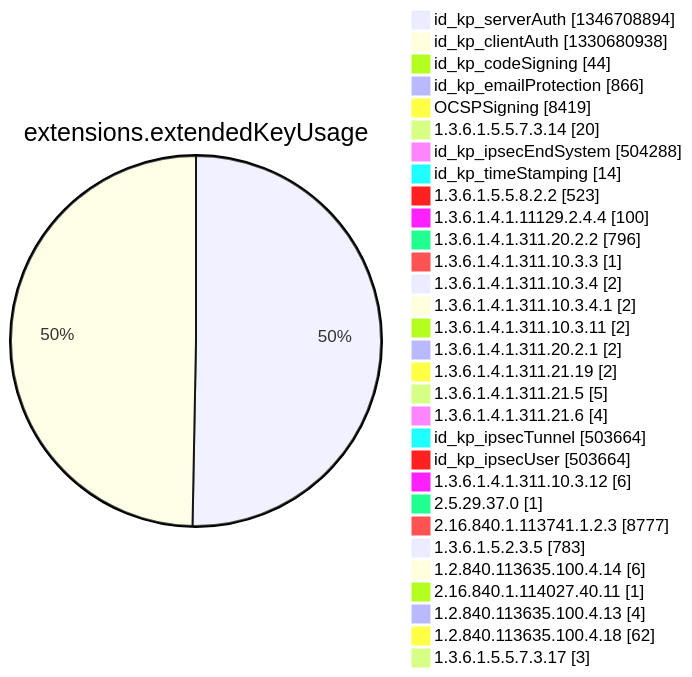
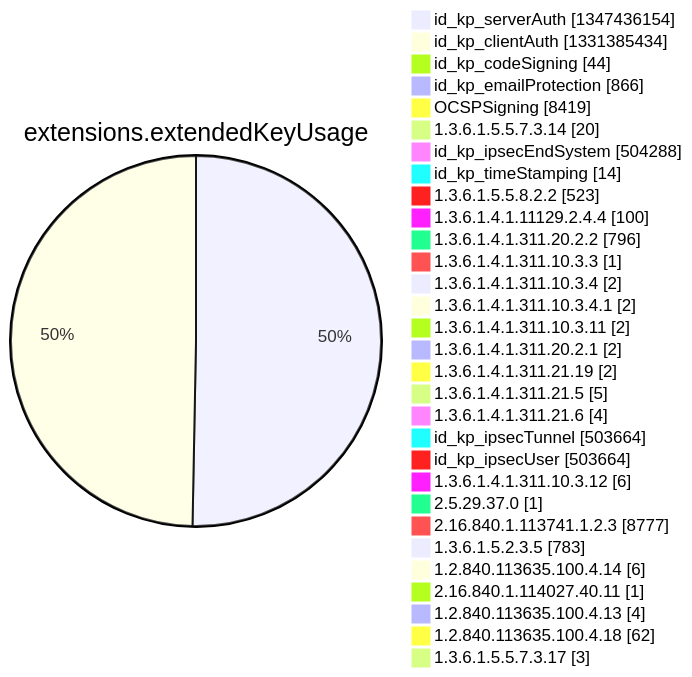
Before and after one commit to christiankrug/ctmonitor_visualization: diagram 12 of 15 in argon2022/README.md, drawn with Mermaid. The commit also changed other lines of this file, not shown here.

````diff
--- a/argon2022/README.md
+++ b/argon2022/README.md
@@ -3553,34 +3553,34 @@
 ```mermaid
 pie showData
 title extensions.extendedKeyUsage
-"id_kp_serverAuth" :1346708894
-"id_kp_clientAuth" :1330680938
+"id_kp_serverAuth" :1347436154
+"id_kp_clientAuth" :1331385434
 "id_kp_codeSigning" :44
 "id_kp_emailProtection" :866
 "OCSPSigning" :8419
 "1.3.6.1.5.5.7.3.14" :20
 "id_kp_ipsecEndSystem" :504288
 "id_kp_timeStamping" :14
 "1.3.6.1.5.5.8.2.2" :523
 "1.3.6.1.4.1.11129.2.4.4" :100
 "1.3.6.1.4.1.311.20.2.2" :796
 "1.3.6.1.4.1.311.10.3.3" :1
 "1.3.6.1.4.1.311.10.3.4" :2
 "1.3.6.1.4.1.311.10.3.4.1" :2
 "1.3.6.1.4.1.311.10.3.11" :2
 "1.3.6.1.4.1.311.20.2.1" :2
 "1.3.6.1.4.1.311.21.19" :2
 "1.3.6.1.4.1.311.21.5" :5
 "1.3.6.1.4.1.311.21.6" :4
 "id_kp_ipsecTunnel" :503664
 "id_kp_ipsecUser" :503664
 "1.3.6.1.4.1.311.10.3.12" :6
 "2.5.29.37.0" :1
 "2.16.840.1.113741.1.2.3" :8777
 "1.3.6.1.5.2.3.5" :783
 "1.2.840.113635.100.4.14" :6
 "2.16.840.1.114027.40.11" :1
 "1.2.840.113635.100.4.13" :4
 "1.2.840.113635.100.4.18" :62
 "1.3.6.1.5.5.7.3.17" :3
 ```
````
